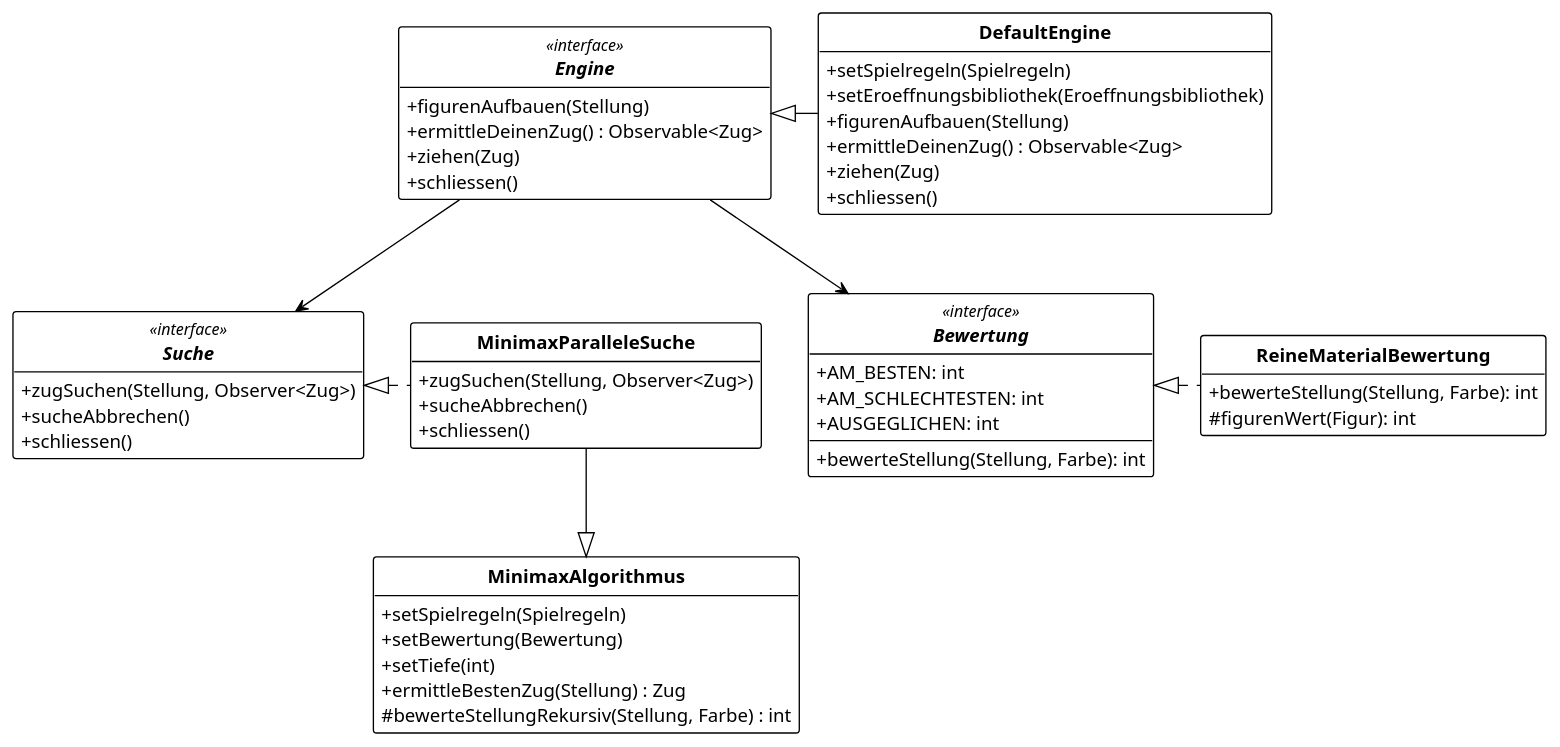
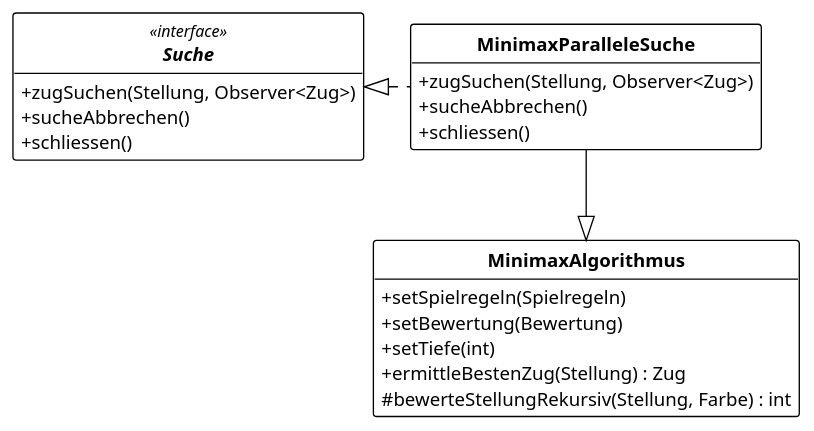
The sixth of 10 diagrams in dokchess-c4/dokChess-c4.md (neshanjo/DokChess-C4), drawn with PlantUML before and after one commit. The commit also changed other lines of this file, not shown here.

````diff
--- a/dokchess-c4/dokChess-c4.md
+++ b/dokchess-c4/dokChess-c4.md
@@ -125,68 +231,34 @@
 ```plantuml
-@startuml dokchess-c4-code
+@startuml dokchess-c4-code-suche
 !theme plain
 skinparam classAttributeIconSize 0
 skinparam classFontStyle bold
 hide circle
 hide empty members
 hide empty methods
 
-interface Engine<<interface>> {
-    + figurenAufbauen(Stellung)
-    + ermittleDeinenZug() : Observable<Zug>
-    + ziehen(Zug)
-    + schliessen()
-}
-
-class DefaultEngine {
-    + setSpielregeln(Spielregeln)
-    + setEroeffnungsbibliothek(Eroeffnungsbibliothek)
-    + figurenAufbauen(Stellung)
-    + ermittleDeinenZug() : Observable<Zug>
-    + ziehen(Zug)
-    + schliessen()
-}
-
-Engine <|-r- DefaultEngine
-
 interface Suche<<interface>> {
     + zugSuchen(Stellung, Observer<Zug>)
     + sucheAbbrechen()
     + schliessen()
 }
-
-interface Bewertung<<interface>> {
-    + AM_BESTEN: int
-    + AM_SCHLECHTESTEN: int
-    + AUSGEGLICHEN: int
-    + bewerteStellung(Stellung, Farbe): int
-}
-
-Engine -d-> Suche
-Engine -d-> Bewertung
 
 class MinimaxAlgorithmus {
     + setSpielregeln(Spielregeln)
     + setBewertung(Bewertung)
     + setTiefe(int)
     + ermittleBestenZug(Stellung) : Zug
     # bewerteStellungRekursiv(Stellung, Farbe) : int
 }
 
 class MinimaxParalleleSuche {
     + zugSuchen(Stellung, Observer<Zug>)
     + sucheAbbrechen()
     + schliessen()
 }
 
 Suche <|.r. MinimaxParalleleSuche
 MinimaxAlgorithmus <|-u- MinimaxParalleleSuche
 
-class ReineMaterialBewertung {
-    + bewerteStellung(Stellung, Farbe): int
-    # figurenWert(Figur): int
-}
-
-Bewertung <|.r. ReineMaterialBewertung
 @enduml
 ```
````
